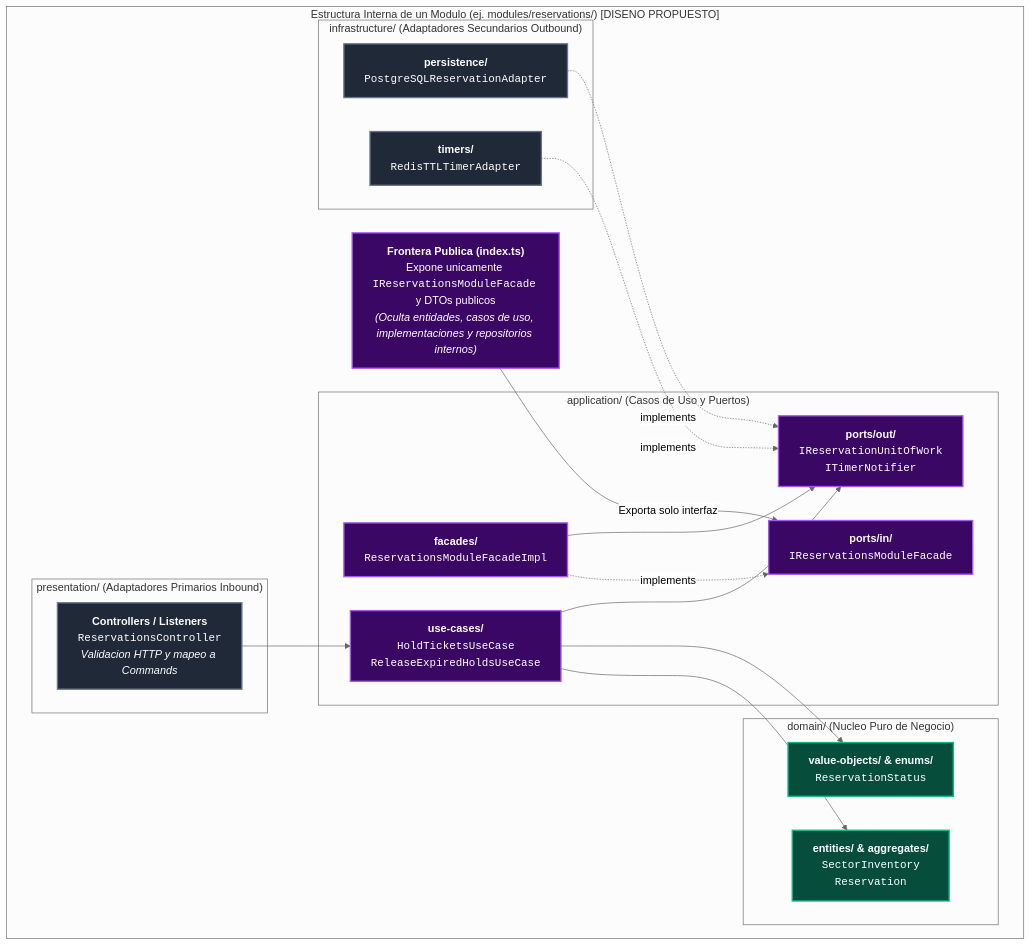
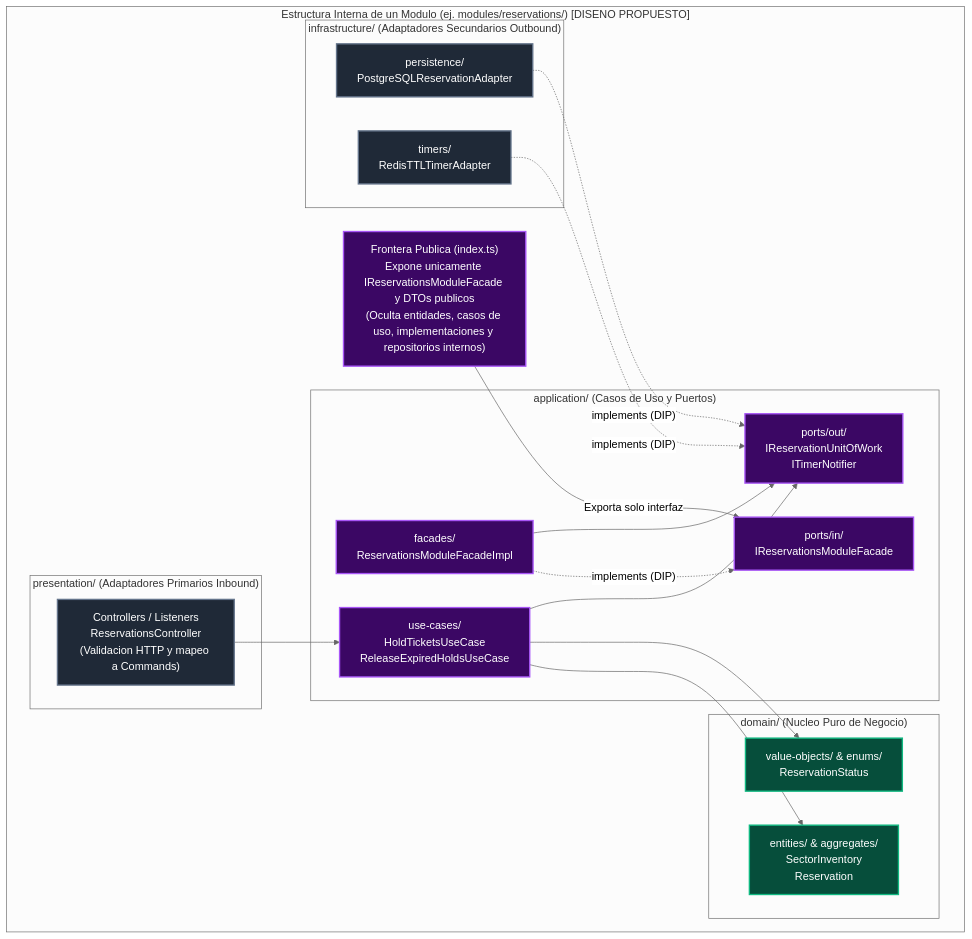
Before and after one commit to CARDBELL96/AFORO: the first of 6 diagrams in docs/03-diseño-de-software/diseño-interno/diseño-interno-de-modulos.md, drawn with Mermaid (neutral theme). The commit also changed other lines of this file and 24 other files, not shown here.

Commit message:
docs: export validated C4/hexagonal SVG and PNG diagrams and unify ticket state machine

````diff
--- a/docs/03-diseño-de-software/diseño-interno/diseño-interno-de-modulos.md
+++ b/docs/03-diseño-de-software/diseño-interno/diseño-interno-de-modulos.md
@@ -34,44 +34,44 @@
 ```mermaid
 flowchart TB
     subgraph MODULE_BOUNDARY["Estructura Interna de un Modulo (ej. modules/reservations/) [DISENO PROPUESTO]"]
-        PUBLIC_API["<b>Frontera Publica (index.ts)</b><br/>Expone unicamente <code>IReservationsModuleFacade</code> y DTOs publicos<br/><i>(Oculta entidades, casos de uso, implementaciones y repositorios internos)</i>"]
+        PUBLIC_API["Frontera Publica (index.ts)<br>Expone unicamente IReservationsModuleFacade y DTOs publicos<br>(Oculta entidades, casos de uso, implementaciones y repositorios internos)"]
 
         subgraph ADAPTERS_IN["presentation/ (Adaptadores Primarios Inbound)"]
-            CTRL["<b>Controllers / Listeners</b><br/><code>ReservationsController</code><br/><i>Validacion HTTP y mapeo a Commands</i>"]
+            CTRL["Controllers / Listeners<br>ReservationsController<br>(Validacion HTTP y mapeo a Commands)"]
         end
 
         subgraph APPLICATION["application/ (Casos de Uso y Puertos)"]
-            PORTS_IN["<b>ports/in/</b><br/><code>IReservationsModuleFacade</code>"]
-            FAC_IMPL["<b>facades/</b><br/><code>ReservationsModuleFacadeImpl</code>"]
-            UC["<b>use-cases/</b><br/><code>HoldTicketsUseCase</code><br/><code>ReleaseExpiredHoldsUseCase</code>"]
-            PORTS_OUT["<b>ports/out/</b><br/><code>IReservationUnitOfWork</code><br/><code>ITimerNotifier</code>"]
+            PORTS_IN["ports/in/<br>IReservationsModuleFacade"]
+            FAC_IMPL["facades/<br>ReservationsModuleFacadeImpl"]
+            UC["use-cases/<br>HoldTicketsUseCase<br>ReleaseExpiredHoldsUseCase"]
+            PORTS_OUT["ports/out/<br>IReservationUnitOfWork<br>ITimerNotifier"]
         end
 
         subgraph DOMAIN["domain/ (Nucleo Puro de Negocio)"]
-            ENT["<b>entities/ & aggregates/</b><br/><code>SectorInventory</code><br/><code>Reservation</code>"]
-            VO["<b>value-objects/ & enums/</b><br/><code>ReservationStatus</code>"]
+            ENT["entities/ & aggregates/<br>SectorInventory<br>Reservation"]
+            VO["value-objects/ & enums/<br>ReservationStatus"]
         end
 
         subgraph ADAPTERS_OUT["infrastructure/ (Adaptadores Secundarios Outbound)"]
-            PG_ADAPT["<b>persistence/</b><br/><code>PostgreSQLReservationAdapter</code>"]
-            RD_ADAPT["<b>timers/</b><br/><code>RedisTTLTimerAdapter</code>"]
+            PG_ADAPT["persistence/<br>PostgreSQLReservationAdapter"]
+            RD_ADAPT["timers/<br>RedisTTLTimerAdapter"]
         end
 
         PUBLIC_API -->|"Exporta solo interfaz"| PORTS_IN
-        FAC_IMPL -.->|"implements"| PORTS_IN
+        FAC_IMPL -.->|"implements (DIP)"| PORTS_IN
         CTRL --> UC
         FAC_IMPL --> PORTS_OUT
         UC --> ENT & VO
         UC --> PORTS_OUT
-        PG_ADAPT -.->|"implements"| PORTS_OUT
-        RD_ADAPT -.->|"implements"| PORTS_OUT
+        PG_ADAPT -.->|"implements (DIP)"| PORTS_OUT
+        RD_ADAPT -.->|"implements (DIP)"| PORTS_OUT
     end
 
     classDef app fill:#3b0764,stroke:#a855f7,stroke-width:2px,color:#ffffff;
     classDef domain fill:#064e3b,stroke:#10b981,stroke-width:2px,color:#ffffff;
     classDef infra fill:#1f2937,stroke:#64748b,stroke-width:2px,color:#ffffff;
 
     class PUBLIC_API,PORTS_IN,FAC_IMPL,UC,PORTS_OUT app;
     class ENT,VO domain;
     class CTRL,PG_ADAPT,RD_ADAPT infra;
 ```
````
